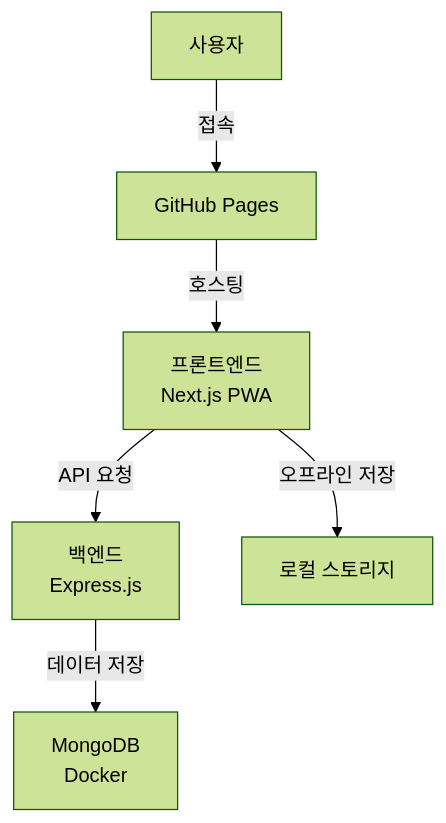
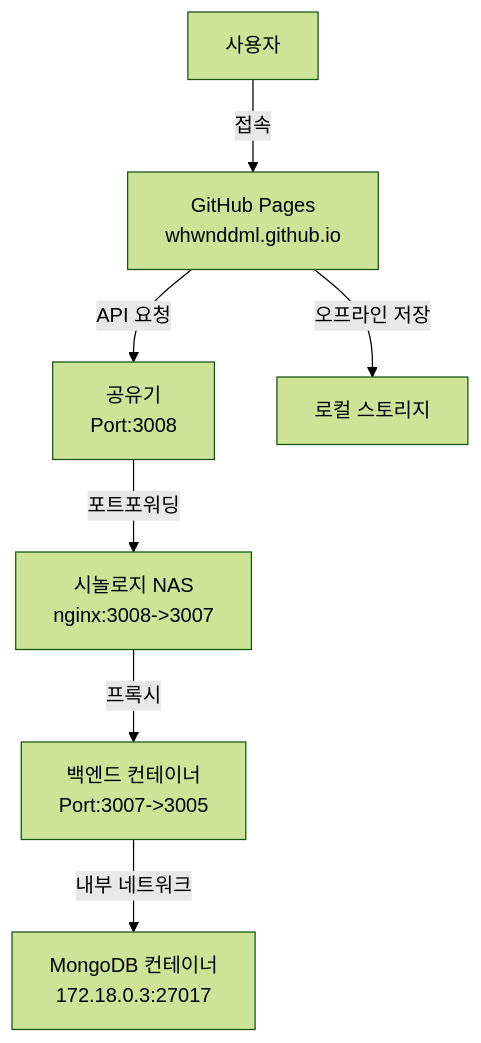
The diagram in README.md (whwnddml/easy-memo), drawn with Mermaid (forest theme) before and after one commit. The commit also changed other lines of this file and 8 other files, not shown here.

````diff
--- a/README.md
+++ b/README.md
@@ -11,8 +11,9 @@
 ```mermaid
 graph TD
-    A[GitHub Pages] -->|호스팅| B[프론트엔드<br/>Next.js PWA]
-    B -->|API 요청| C[백엔드<br/>Express.js]
-    C -->|데이터 저장| D[MongoDB<br/>Docker]
-    E[사용자] -->|접속| A
-    B -->|오프라인 저장| F[로컬 스토리지]
+    A[사용자] -->|접속| B[GitHub Pages<br/>whwnddml.github.io]
+    B -->|API 요청| C[공유기<br/>Port:3008]
+    C -->|포트포워딩| D[시놀로지 NAS<br/>nginx:3008->3007]
+    D -->|프록시| E[백엔드 컨테이너<br/>Port:3007->3005]
+    E -->|내부 네트워크| F[MongoDB 컨테이너<br/>172.18.0.3:27017]
+    B -->|오프라인 저장| G[로컬 스토리지]
 ```
````
